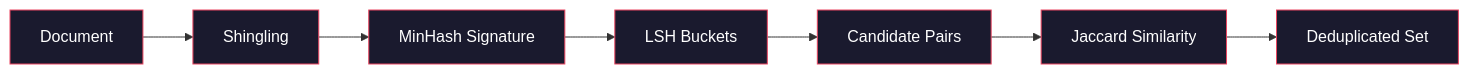
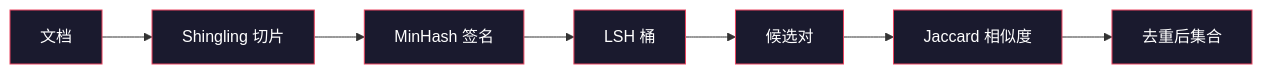
Before and after one commit to alessandrodinisio-ai/ai-engineering-learning-framework: the second of 3 diagrams in phases/10-llms-from-scratch/03-data-pipelines/docs/zh.md, drawn with Mermaid. The commit also changed other lines of this file and 120 other files, not shown here.

First line of the commit message:
i18n(mermaid): 337 个 mermaid 图表标签中文化

````diff
--- a/phases/10-llms-from-scratch/03-data-pipelines/docs/zh.md
+++ b/phases/10-llms-from-scratch/03-data-pipelines/docs/zh.md
@@ -99,17 +99,17 @@
 ```mermaid
 graph LR
-    A[Document] --> B[Shingling]
-    B --> C[MinHash Signature]
-    C --> D[LSH Buckets]
-    D --> E[Candidate Pairs]
-    E --> F[Jaccard Similarity]
-    F --> G[Deduplicated Set]
+    A[文档] --> B[Shingling 切片]
+    B --> C[MinHash 签名]
+    C --> D[LSH 桶]
+    D --> E[候选对]
+    E --> F[Jaccard 相似度]
+    F --> G[去重后集合]
 
     style A fill:#1a1a2e,stroke:#e94560,color:#fff
     style B fill:#1a1a2e,stroke:#e94560,color:#fff
     style C fill:#1a1a2e,stroke:#e94560,color:#fff
     style D fill:#1a1a2e,stroke:#e94560,color:#fff
     style E fill:#1a1a2e,stroke:#e94560,color:#fff
     style F fill:#1a1a2e,stroke:#e94560,color:#fff
     style G fill:#1a1a2e,stroke:#e94560,color:#fff
 ```
````
